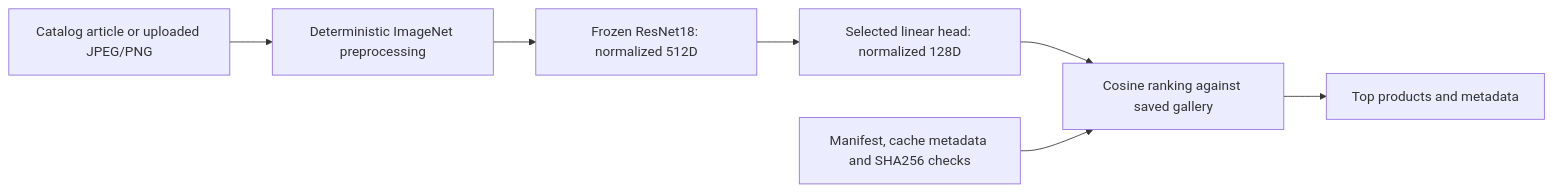
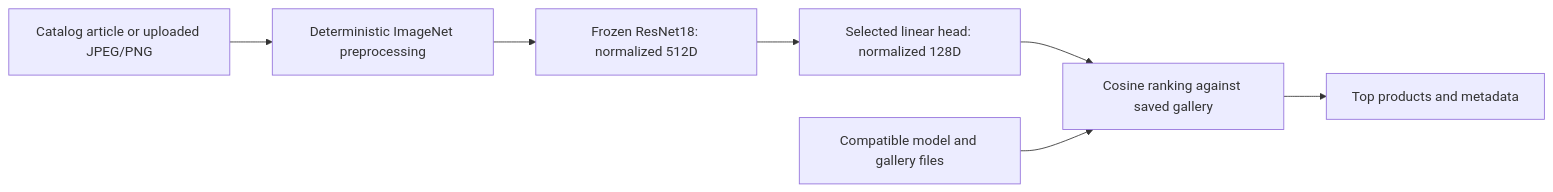
One commit to YavuzahmetR/hm-visual-retrieval changed the diagram in README.md. Above: the diagram before and after it, drawn with Mermaid. The commit also changed other lines of this file and 7 other files, not shown here.

````diff
--- a/README.md
+++ b/README.md
@@ -25,9 +25,9 @@
 ```mermaid
 flowchart LR
     A[Catalog article or uploaded JPEG/PNG] --> B[Deterministic ImageNet preprocessing]
     B --> C[Frozen ResNet18: normalized 512D]
     C --> D[Selected linear head: normalized 128D]
     D --> E[Cosine ranking against saved gallery]
     E --> F[Top products and metadata]
-    G[Manifest, cache metadata and SHA256 checks] --> E
+    G[Compatible model and gallery files] --> E
 ```
````
